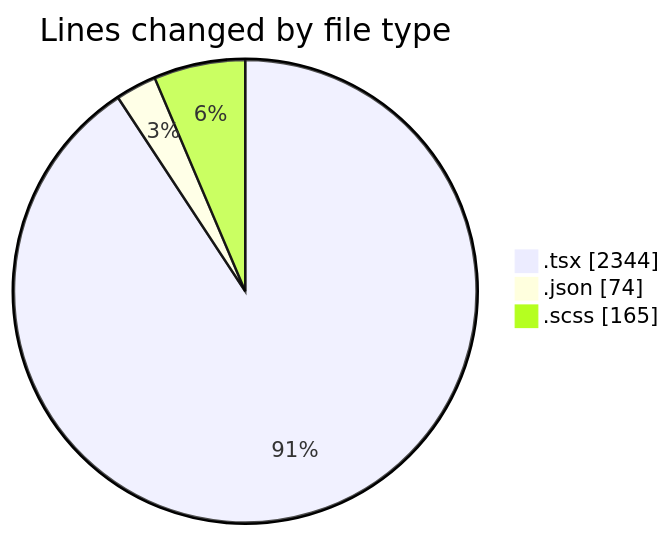
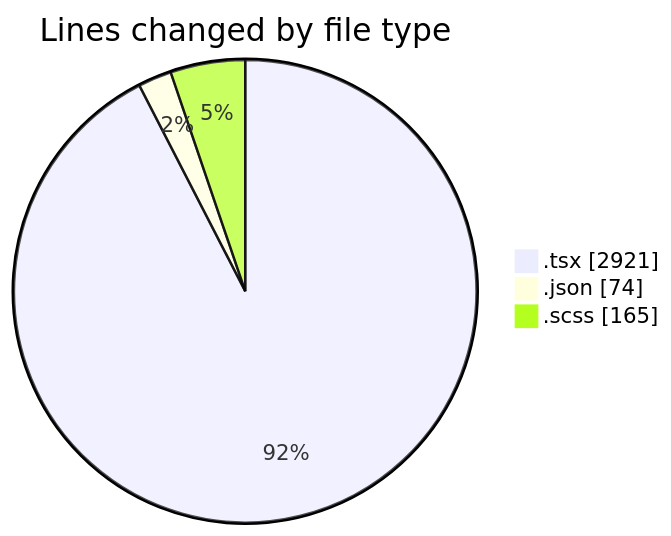
One commit to momahboobian/code-tracking changed the first of 2 diagrams in 2025-04-08/cda/README.md. Above: the diagram before and after it, drawn with Mermaid. The commit also changed other lines of this file and 1 other file, not shown here.

````diff
--- a/2025-04-08/cda/README.md
+++ b/2025-04-08/cda/README.md
@@ -26,7 +28,7 @@
 ```mermaid
 pie showData
 title Lines changed by file type
-".tsx" : 2344
+".tsx" : 2921
 ".json" : 74
 ".scss" : 165
 ```
````
